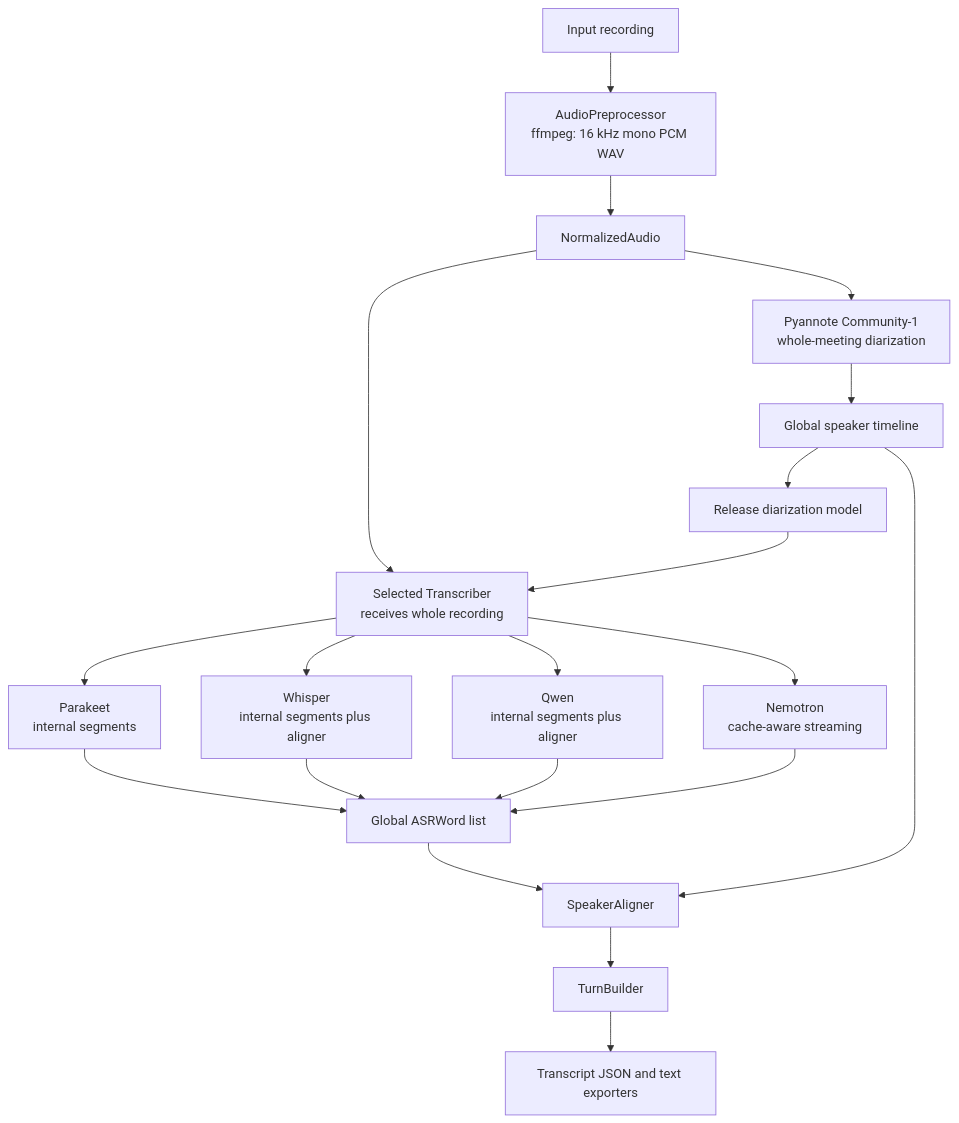
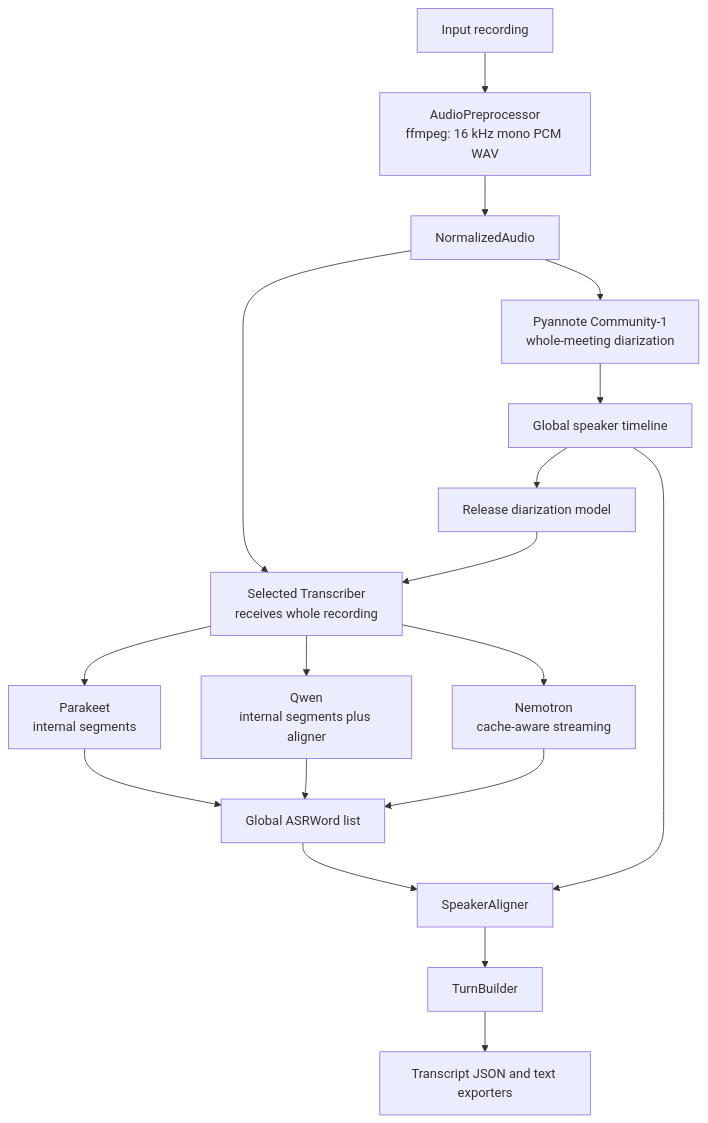
The diagram in README.md (balex42/transcription-pipeline), drawn with Mermaid before and after one commit. The commit also changed other lines of this file and 12 other files, not shown here.

````diff
--- a/README.md
+++ b/README.md
@@ -7,22 +7,20 @@
 ```mermaid
 flowchart TD
     input[Input recording] --> normalize[AudioPreprocessor\nffmpeg: 16 kHz mono PCM WAV]
     normalize --> audio[NormalizedAudio]
     audio --> diarize[Pyannote Community-1\nwhole-meeting diarization]
     diarize --> timeline[Global speaker timeline]
     timeline --> release[Release diarization model]
     audio --> transcriber[Selected Transcriber\nreceives whole recording]
     release --> transcriber
     transcriber --> parakeet[Parakeet\ninternal segments]
-    transcriber --> whisper[Whisper\ninternal segments plus aligner]
     transcriber --> qwen[Qwen\ninternal segments plus aligner]
     transcriber --> nemotron[Nemotron\ncache-aware streaming]
     parakeet --> words[Global ASRWord list]
-    whisper --> words
     qwen --> words
     nemotron --> words
     words --> align[SpeakerAligner]
     timeline --> align
     align --> turns[TurnBuilder]
     turns --> export[Transcript JSON and text exporters]
 ```
````
